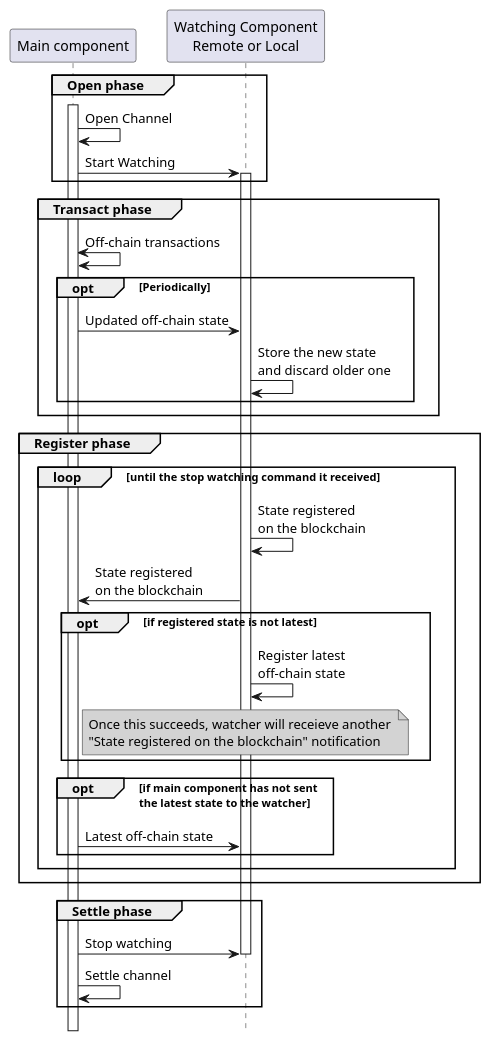
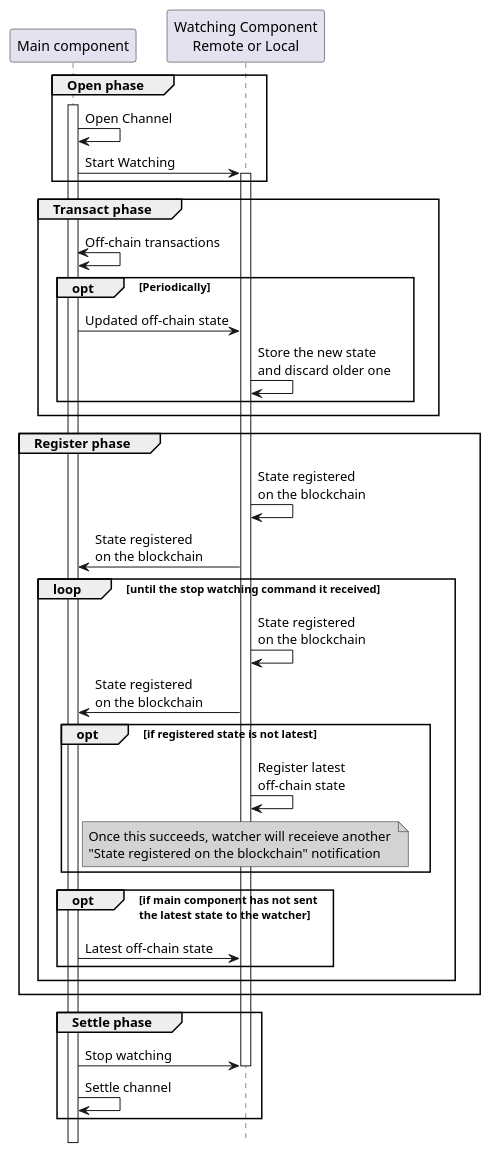
Before and after one commit to hyperledger-labs/perun-proposals: the diagram in design/004/watcher.plantuml, drawn with PlantUML. The commit also changed 1 other file, not shown here.

Commit message:
Update watcher interaction diagram
- Add triggers for moving from transact phase to register phase.

```diff
--- a/design/004/watcher.plantuml
+++ b/design/004/watcher.plantuml
@@ -4,49 +4,51 @@
 @startuml watcher
 !pragma teoz true
 hide footbox
 
 participant "Main component" as main_component
 participant "Watching Component\nRemote or Local" as watcher
 
 group Open phase
 activate main_component
 main_component -> main_component: Open Channel
 main_component -> watcher: Start Watching
 activate watcher
 end
 
 group Transact phase 
 main_component <-> main_component: Off-chain transactions
 opt Periodically
 main_component -> watcher: Updated off-chain state
 watcher -> watcher: Store the new state\nand discard older one
 end
 end
 
 group Register phase
+watcher -> watcher: State registered\non the blockchain
+main_component <- watcher: State registered\non the blockchain
 loop until the stop watching command it received
 watcher -> watcher: State registered\non the blockchain
 main_component <- watcher: State registered\non the blockchain
 opt if registered state is not latest
 watcher -> watcher: Register latest\noff-chain state
 note over watcher #LightGray
 Once this succeeds, watcher will receieve another 
 "State registered on the blockchain" notification
 end note
 end
 opt if main component has not sent\nthe latest state to the watcher
 main_component -> watcher: Latest off-chain state
 end
 end
 end
 
 
 group Settle phase 
 main_component -> watcher: Stop watching
 deactivate watcher
 main_component -> main_component: Settle channel
 end
 
 
 
 @enduml
```
